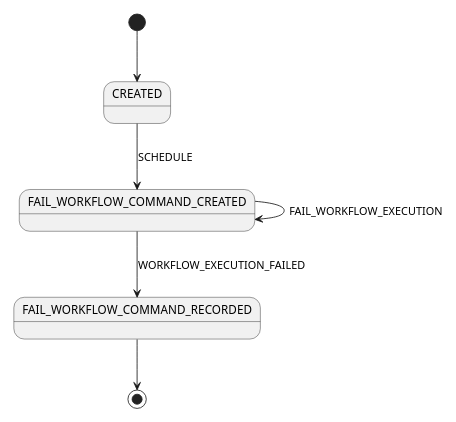
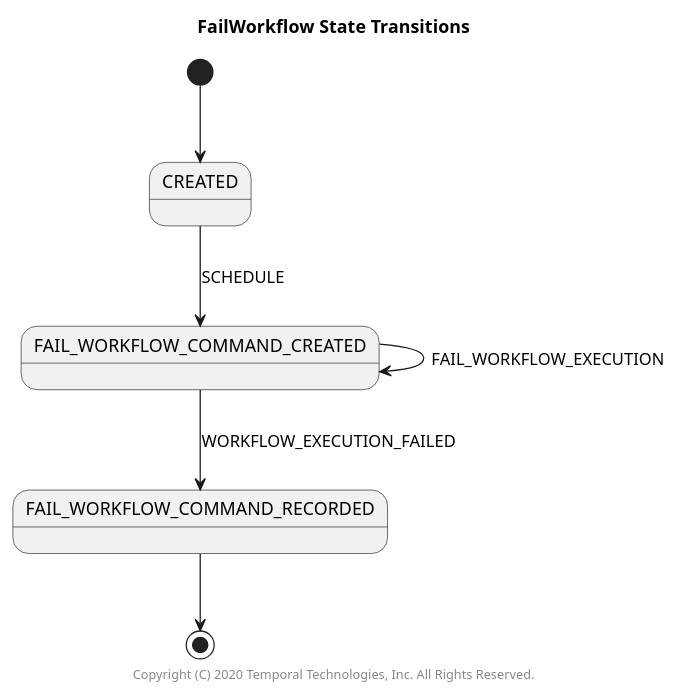
Before and after one commit to temporalio/sdk-java: the diagram in src/main/java/io/temporal/internal/statemachines/FailWorkflowStateMachine.puml, drawn with PlantUML. The commit also changed 17 other files, not shown here.

```diff
--- a/src/main/java/io/temporal/internal/statemachines/FailWorkflowStateMachine.puml
+++ b/src/main/java/io/temporal/internal/statemachines/FailWorkflowStateMachine.puml
@@ -23,8 +23,10 @@
 @startuml
-scale 350 width
+title FailWorkflow State Transitions
+
 [*] --> CREATED
 CREATED --> FAIL_WORKFLOW_COMMAND_CREATED: SCHEDULE
 FAIL_WORKFLOW_COMMAND_CREATED --> FAIL_WORKFLOW_COMMAND_CREATED: FAIL_WORKFLOW_EXECUTION
 FAIL_WORKFLOW_COMMAND_CREATED --> FAIL_WORKFLOW_COMMAND_RECORDED: WORKFLOW_EXECUTION_FAILED
 FAIL_WORKFLOW_COMMAND_RECORDED --> [*]
+center footer Copyright (C) 2020 Temporal Technologies, Inc. All Rights Reserved.
 @enduml
```
